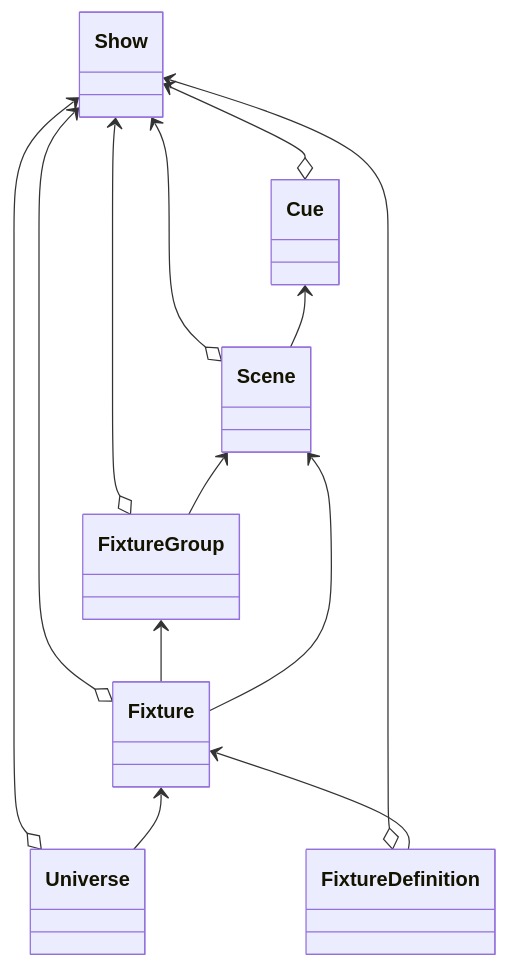
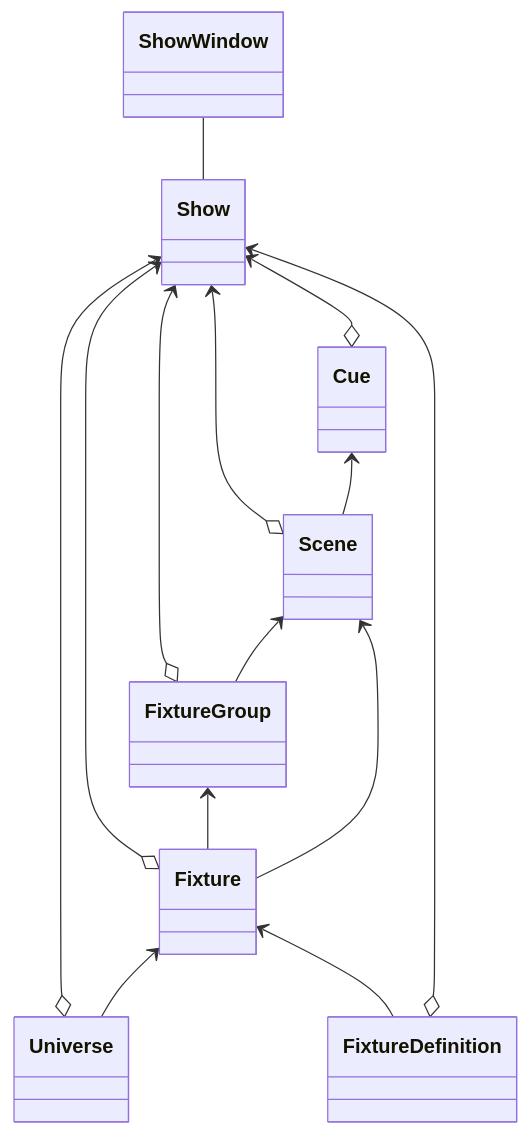
Before and after one commit to BrendanTWhite/Footlight: the diagram in docs/classes.md, drawn with Mermaid.

Commit message:
updated class structure

````diff
--- a/docs/classes.md
+++ b/docs/classes.md
@@ -13,22 +13,24 @@
 ```mermaid
 classDiagram
 
+    ShowWindow -- Show
+
     Show <--o Universe
-
-    Show <--o FixtureDefinition
 
     Show <--o Fixture
         Fixture <-- FixtureDefinition
         Fixture <-- Universe
     
     Show <--o FixtureGroup
         FixtureGroup <-- Fixture
     
     Show <--o Scene
         Scene <-- Fixture
         Scene <-- FixtureGroup
 
     Show <--o Cue
          Cue <-- Scene
 
+    Show <--o FixtureDefinition
+
 ```
````
